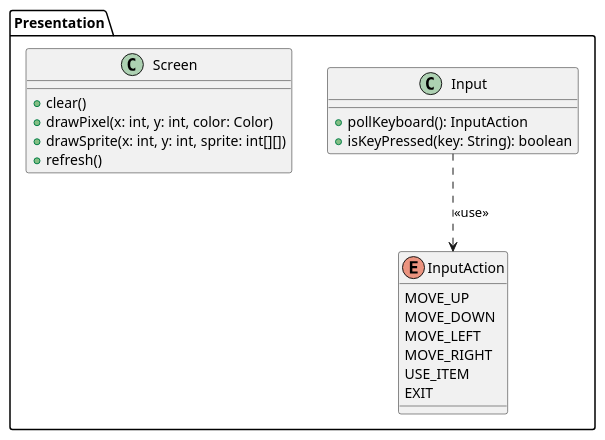
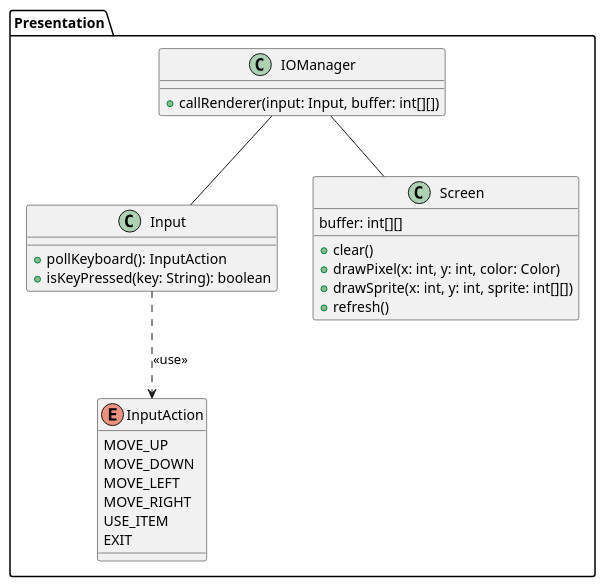
Before and after one commit to VyacheslavIurevich/diagrams: the diagram in src/presentation.puml, drawn with PlantUML. The commit also changed 3 other files, not shown here.

```diff
--- a/src/presentation.puml
+++ b/src/presentation.puml
@@ -1,26 +1,32 @@
 @startuml
 namespace Presentation {
+    class IOManager {
+        + callRenderer(input: Input, buffer: int[][])
+    }
     class Input {
         + pollKeyboard(): InputAction
         + isKeyPressed(key: String): boolean
     }
 
     class Screen {
+        buffer: int[][]
         + clear()
         + drawPixel(x: int, y: int, color: Color)
         + drawSprite(x: int, y: int, sprite: int[][])
         + refresh()
     }
 
     enum InputAction {
         MOVE_UP
         MOVE_DOWN
         MOVE_LEFT
         MOVE_RIGHT
         USE_ITEM
         EXIT
     }
 
     Input ..> InputAction : <<use>>
+    IOManager -- Input
+    IOManager -- Screen
 }
 @enduml
```
